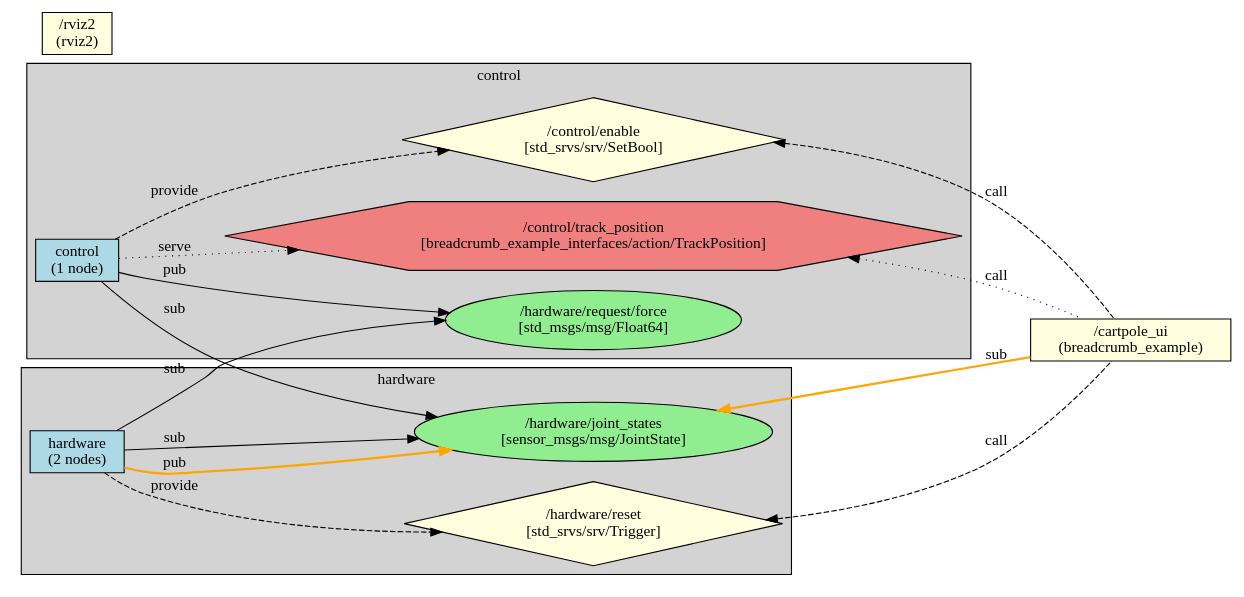
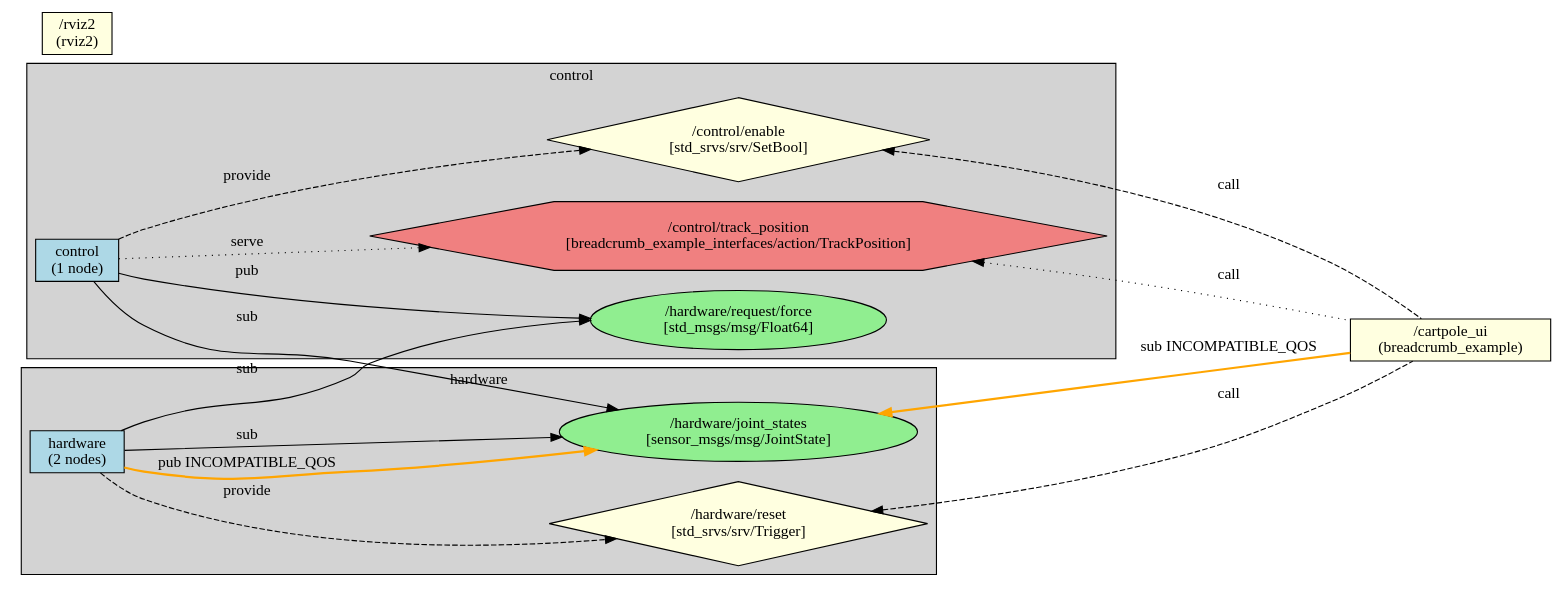
Before and after one commit to greenforge-labs/breadcrumb: the diagram in breadcrumb_example/ros_graphs/graph_toplevel.dot, drawn with Graphviz. The commit also changed 7 other files, not shown here.

Commit message:
add cli warnings and INCOMPATIBILE_QOS lable on dot graph

```diff
--- a/breadcrumb_example/ros_graphs/graph_toplevel.dot
+++ b/breadcrumb_example/ros_graphs/graph_toplevel.dot
@@ -1,47 +1,47 @@
 digraph ROS2TopLevel {
   rankdir=LR;
   node [shape=box];
 
   subgraph cluster_control {
     label="control";
     style=filled;
     fillcolor=lightgrey;
 
     "control" [label="control\n(1 node)", style=filled, fillcolor=lightblue];
     "/hardware/request/force" [label="/hardware/request/force\n[std_msgs/msg/Float64]", shape=ellipse, style=filled, fillcolor=lightgreen];
     "/control/enable" [label="/control/enable\n[std_srvs/srv/SetBool]", shape=diamond, style=filled, fillcolor=lightyellow];
     "/control/track_position" [label="/control/track_position\n[breadcrumb_example_interfaces/action/TrackPosition]", shape=hexagon, style=filled, fillcolor=lightcoral];
   }
 
   subgraph cluster_hardware {
     label="hardware";
     style=filled;
     fillcolor=lightgrey;
 
     "hardware" [label="hardware\n(2 nodes)", style=filled, fillcolor=lightblue];
     "/hardware/joint_states" [label="/hardware/joint_states\n[sensor_msgs/msg/JointState]", shape=ellipse, style=filled, fillcolor=lightgreen];
     "/hardware/reset" [label="/hardware/reset\n[std_srvs/srv/Trigger]", shape=diamond, style=filled, fillcolor=lightyellow];
   }
 
   // Root Namespace Nodes
   "/cartpole_ui" [label="/cartpole_ui\n(breadcrumb_example)", style=filled, fillcolor=lightyellow];
   "/rviz2" [label="/rviz2\n(rviz2)", style=filled, fillcolor=lightyellow];
 
   // Topic Edges
-  "hardware" -> "/hardware/joint_states" [label="pub", color=orange, style=bold];
-  "/hardware/joint_states" -> "/cartpole_ui" [label="sub", dir=back, color=orange, style=bold];
+  "hardware" -> "/hardware/joint_states" [label="pub INCOMPATIBLE_QOS", color=orange, style=bold];
+  "/hardware/joint_states" -> "/cartpole_ui" [label="sub INCOMPATIBLE_QOS", dir=back, color=orange, style=bold];
   "/hardware/joint_states" -> "control" [label="sub", dir=back];
   "/hardware/joint_states" -> "hardware" [label="sub", dir=back];
   "control" -> "/hardware/request/force" [label="pub"];
   "/hardware/request/force" -> "hardware" [label="sub", dir=back];
 
   // Service Edges
   "control" -> "/control/enable" [label="provide", style=dashed];
   "/control/enable" -> "/cartpole_ui" [label="call", style=dashed, dir=back];
   "hardware" -> "/hardware/reset" [label="provide", style=dashed];
   "/hardware/reset" -> "/cartpole_ui" [label="call", style=dashed, dir=back];
 
   // Action Edges
   "control" -> "/control/track_position" [label="serve", style=dotted];
   "/control/track_position" -> "/cartpole_ui" [label="call", style=dotted, dir=back];
 }
```
